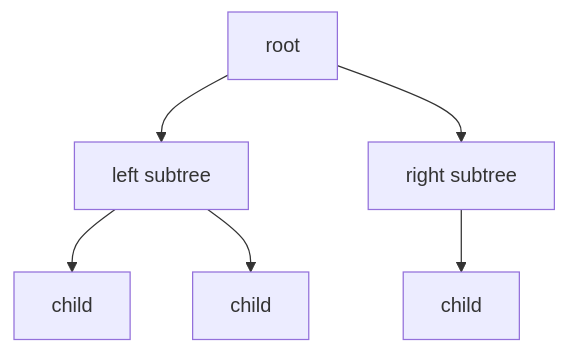
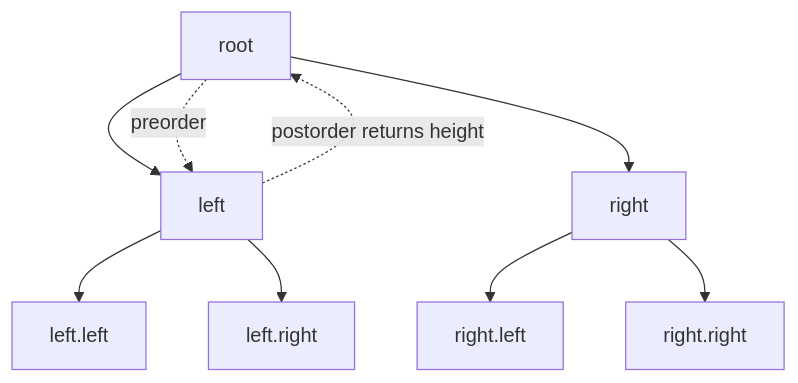
The diagram in trees/README.md (Icon1cc/Data-Structures-and-Algorithms), drawn with Mermaid before and after one commit. The commit also changed other lines of this file and 112 other files, not shown here.

````diff
--- a/trees/README.md
+++ b/trees/README.md
@@ -55,8 +62,11 @@
 ```mermaid
-flowchart TB
-    R[root] --> L[left subtree]
-    R --> M[right subtree]
-    L --> A[child]
-    L --> B[child]
-    M --> C[child]
+flowchart TD
+    A[root] --> B[left]
+    A --> C[right]
+    B --> D[left.left]
+    B --> E[left.right]
+    C --> F[right.left]
+    C --> G[right.right]
+    A -. preorder .-> B
+    B -. postorder returns height .-> A
 ```
````
